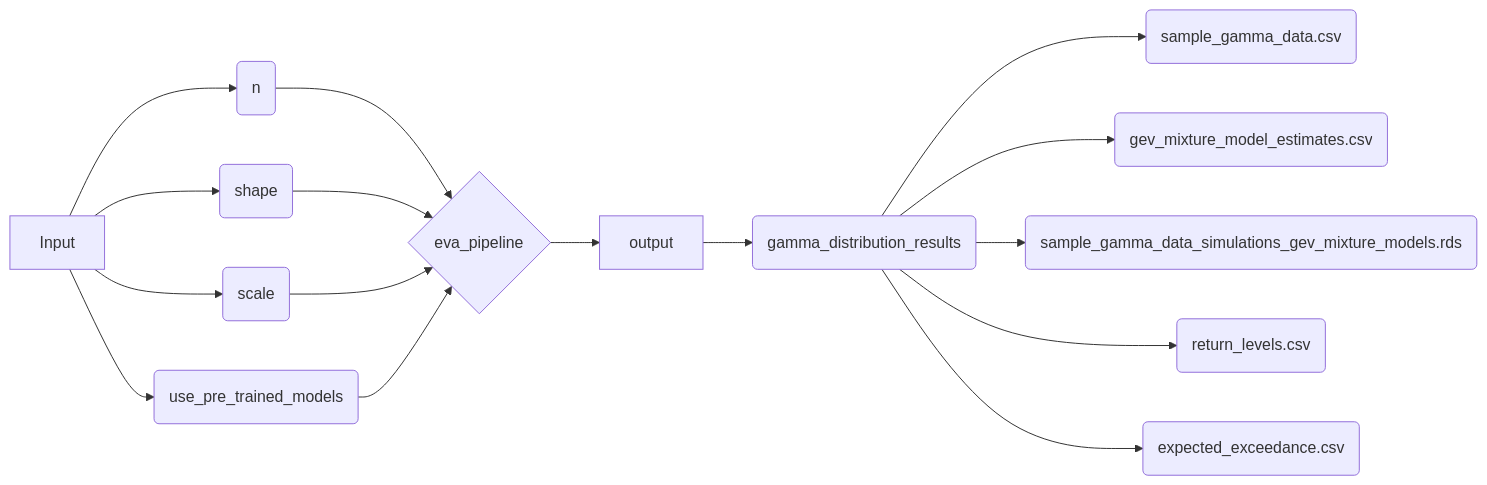
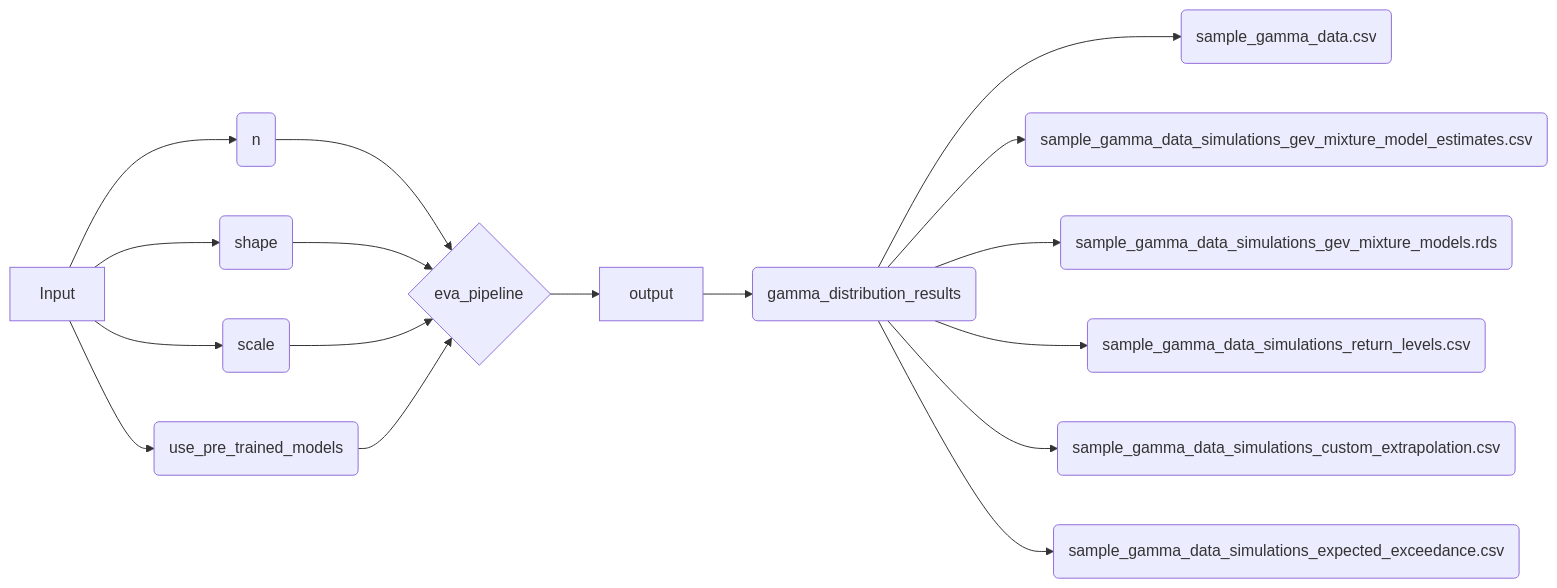
Before and after one commit to pdkengne/evops_manual: the fifth of 7 diagrams in model-operations.qmd, drawn with Mermaid. The commit also changed other lines of this file and 2 other files, not shown here.

Commit message:
add output for return levels from all component gev laws in the geometric mixture model

````diff
--- a/model-operations.qmd
+++ b/model-operations.qmd
@@ -212,18 +219,19 @@
 ```{mermaid}
 flowchart LR
   I[Input] --> A(n)
   I[Input] --> B(shape)
   I[Input] --> C(scale)
   I[Input] --> C1(use_pre_trained_models)
   A --> D{eva_pipeline}
   B --> D
   C --> D
   C1 --> D
   D --> O[output]
   O --> E(gamma_distribution_results)
   E --> E1(sample_gamma_data.csv)
-  E --> E2(gev_mixture_model_estimates.csv)
+  E --> E2(sample_gamma_data_simulations_gev_mixture_model_estimates.csv)
   E --> E5(sample_gamma_data_simulations_gev_mixture_models.rds)
-  E --> E3(return_levels.csv)
-  E --> E4(expected_exceedance.csv)
+  E --> E3(sample_gamma_data_simulations_return_levels.csv)
+  E --> E6(sample_gamma_data_simulations_custom_extrapolation.csv)
+  E --> E4(sample_gamma_data_simulations_expected_exceedance.csv)
 ```
````
